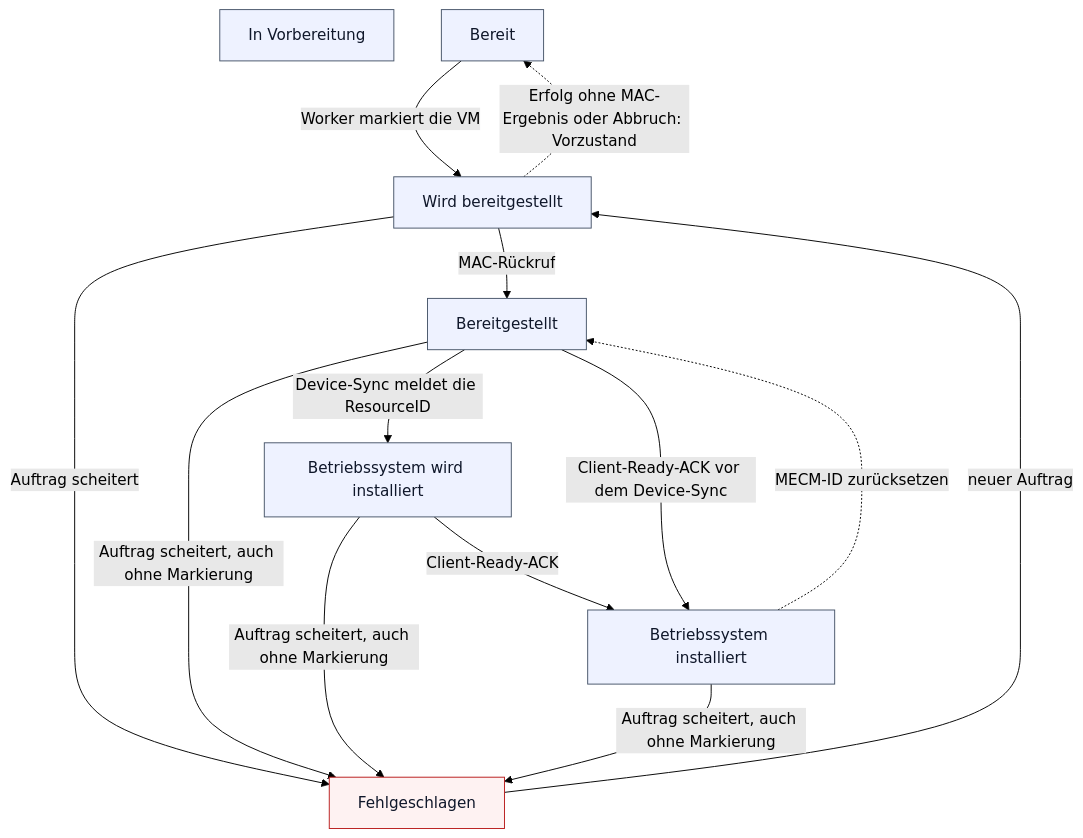
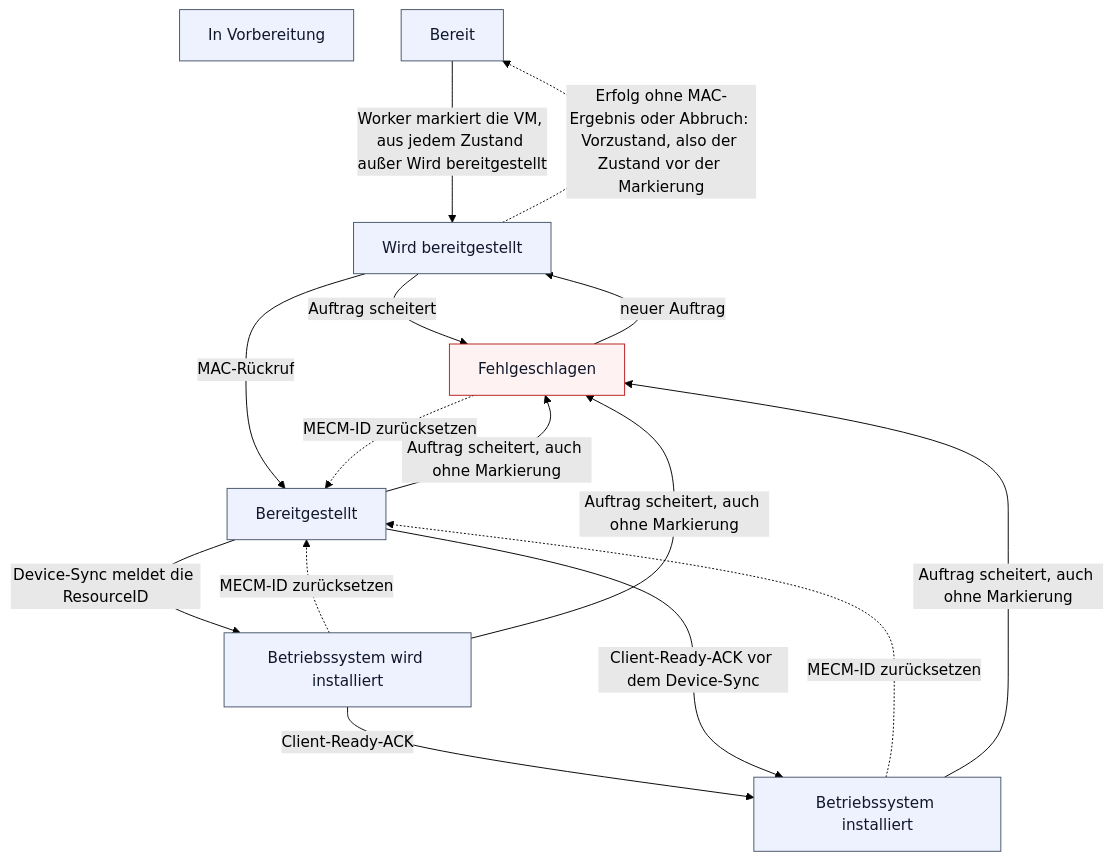
The second of 3 diagrams in docs/operations/vm-lifecycle.md (Samy94M/VirtuSphere-v2-WebApp), drawn with Mermaid (forest theme) before and after one commit. The commit also changed other lines of this file and 12 other files, not shown here.

First line of the commit message:
TS1-K1: align operations docs and diagrams with the code after the text audit

````diff
--- a/docs/operations/vm-lifecycle.md
+++ b/docs/operations/vm-lifecycle.md
@@ -39,20 +44,22 @@
 ```mermaid
 flowchart TD
     initializing[In Vorbereitung]
-    ready[Bereit] -->|Worker markiert die VM| deploying[Wird bereitgestellt]
-    deploying -.->|Erfolg ohne MAC-Ergebnis oder Abbruch: Vorzustand| ready
+    ready[Bereit] -->|Worker markiert die VM, aus jedem Zustand außer Wird bereitgestellt| deploying[Wird bereitgestellt]
+    deploying -.->|Erfolg ohne MAC-Ergebnis oder Abbruch: Vorzustand, also der Zustand vor der Markierung| ready
     deploying -->|Auftrag scheitert| failed[Fehlgeschlagen]
     failed -->|neuer Auftrag| deploying
     deploying -->|MAC-Rückruf| deployed[Bereitgestellt]
     deployed -->|Device-Sync meldet die ResourceID| os_installing[Betriebssystem wird installiert]
     os_installing -->|Client-Ready-ACK| os_installed[Betriebssystem installiert]
     deployed -->|Client-Ready-ACK vor dem Device-Sync| os_installed
     os_installed -.->|MECM-ID zurücksetzen| deployed
+    os_installing -.->|MECM-ID zurücksetzen| deployed
+    failed -.->|MECM-ID zurücksetzen| deployed
     deployed -->|Auftrag scheitert, auch ohne Markierung| failed
     os_installing -->|Auftrag scheitert, auch ohne Markierung| failed
     os_installed -->|Auftrag scheitert, auch ohne Markierung| failed
     classDef step fill:#eef2ff,stroke:#475569,color:#0f172a;
     classDef blocked fill:#fef2f2,stroke:#b91c1c,color:#0f172a;
     class initializing,ready,deploying,deployed,os_installing,os_installed step;
     class failed blocked;
 ```
````
